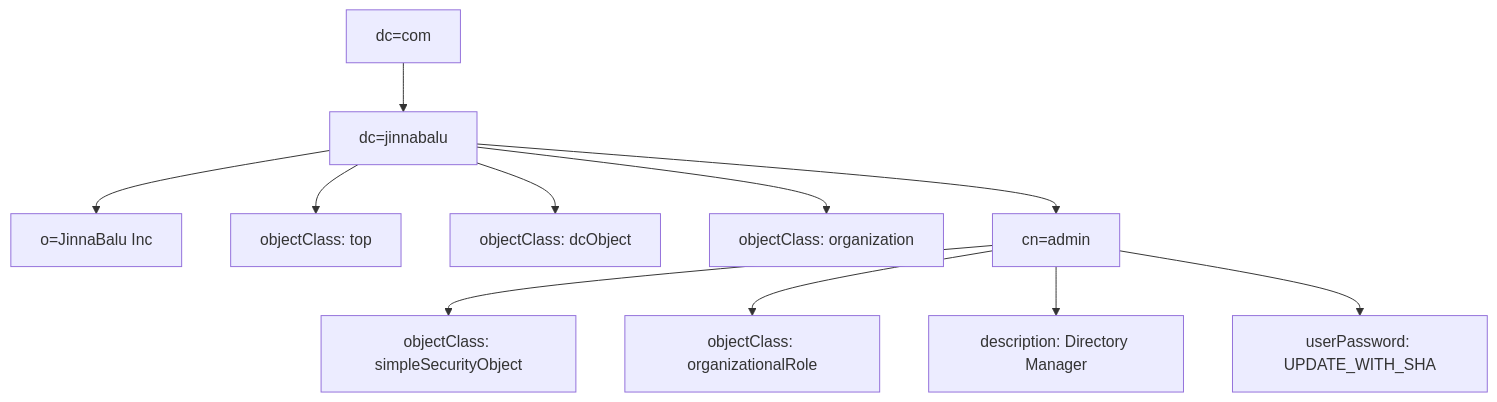
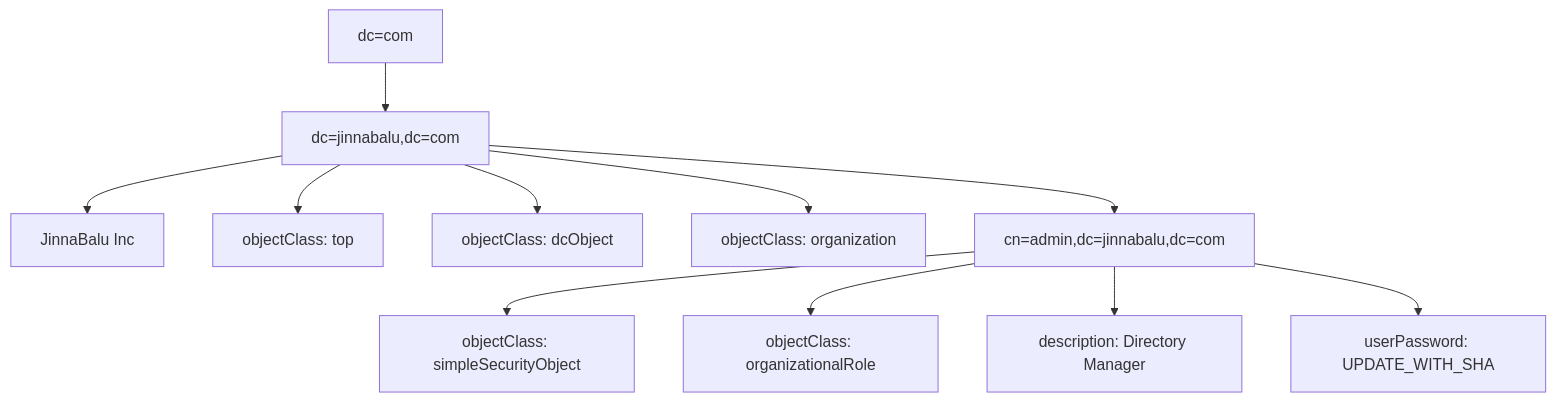
Before and after one commit to jinnabaalu/openldap-tutorial: the diagram in 2.1.Install-OpenLDAP-on-the-Host.md, drawn with Mermaid. The commit also changed other lines of this file, not shown here.

````diff
--- a/2.1.Install-OpenLDAP-on-the-Host.md
+++ b/2.1.Install-OpenLDAP-on-the-Host.md
@@ -104,14 +104,14 @@
 ```mermaid
 graph TD
-    A[dc=com]
-    A --> B[dc=jinnabalu]
-    B --> C[o=JinnaBalu Inc]
-    B --> D[objectClass: top]
-    B --> E[objectClass: dcObject]
-    B --> F[objectClass: organization]
-    B --> G[cn=admin]
-    G --> H[objectClass: simpleSecurityObject]
-    G --> I[objectClass: organizationalRole]
-    G --> J[description: Directory Manager]
-    G --> K[userPassword: UPDATE_WITH_SHA]
+    root[dc=com]
+    root --> jinnabalu[dc=jinnabalu,dc=com]
+    jinnabalu --> o[JinnaBalu Inc]
+    jinnabalu --> oc1[objectClass: top]
+    jinnabalu --> oc2[objectClass: dcObject]
+    jinnabalu --> oc3[objectClass: organization]
+    jinnabalu --> admin[cn=admin,dc=jinnabalu,dc=com]
+    admin --> oc4[objectClass: simpleSecurityObject]
+    admin --> oc5[objectClass: organizationalRole]
+    admin --> desc[description: Directory Manager]
+    admin --> pwd[userPassword: UPDATE_WITH_SHA]
 ```
````
